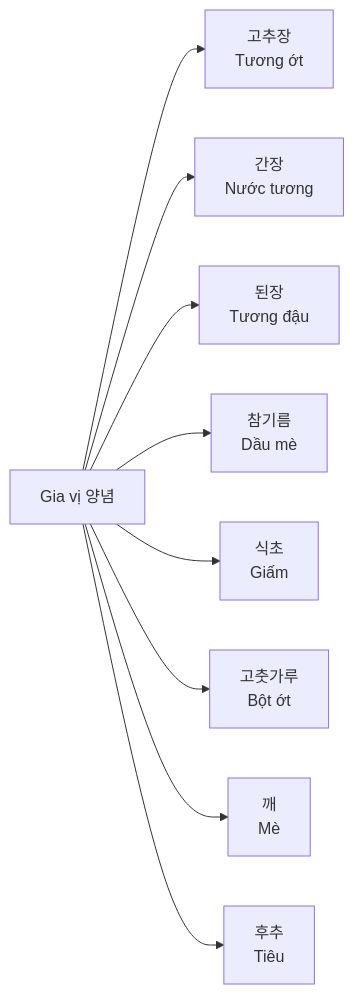
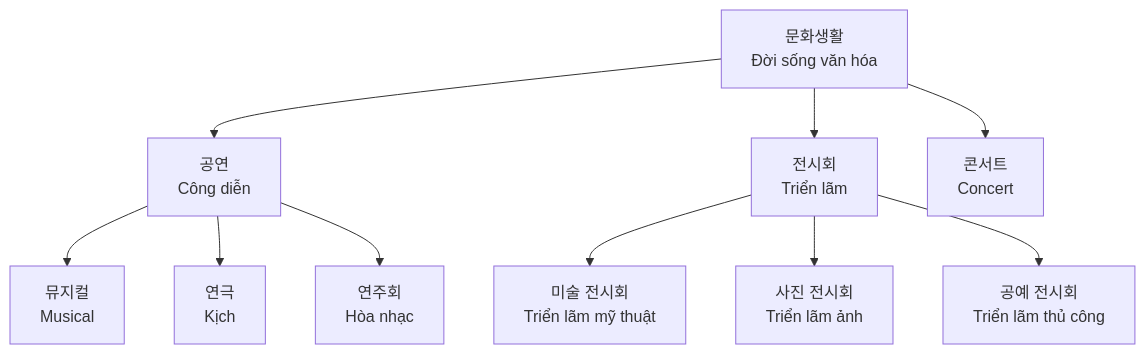
The first of 3 diagrams in src/content/soft-skills/korean/bai-7.md (khieu-dv/vievlog), drawn with Mermaid before and after one commit. The commit also changed other lines of this file and 6 other files, not shown here.

````diff
--- a/src/content/soft-skills/korean/bai-7.md
+++ b/src/content/soft-skills/korean/bai-7.md
@@ -24,11 +23,14 @@
 ```mermaid
-graph LR
-    A[Gia vị 양념] --> B[고추장<br/>Tương ớt]
-    A --> C[간장<br/>Nước tương]
-    A --> D[된장<br/>Tương đậu]
-    A --> E[참기름<br/>Dầu mè]
-    A --> F[식초<br/>Giấm]
-    A --> G[고춧가루<br/>Bột ớt]
-    A --> H[깨<br/>Mè]
-    A --> I[후추<br/>Tiêu]
+graph TD
+    A[문화생활<br/>Đời sống văn hóa] --> B[공연<br/>Công diễn]
+    A --> C[전시회<br/>Triển lãm]
+    A --> D[콘서트<br/>Concert]
+
+    B --> B1[뮤지컬<br/>Musical]
+    B --> B2[연극<br/>Kịch]
+    B --> B3[연주회<br/>Hòa nhạc]
+
+    C --> C1[미술 전시회<br/>Triển lãm mỹ thuật]
+    C --> C2[사진 전시회<br/>Triển lãm ảnh]
+    C --> C3[공예 전시회<br/>Triển lãm thủ công]
 ```
````
